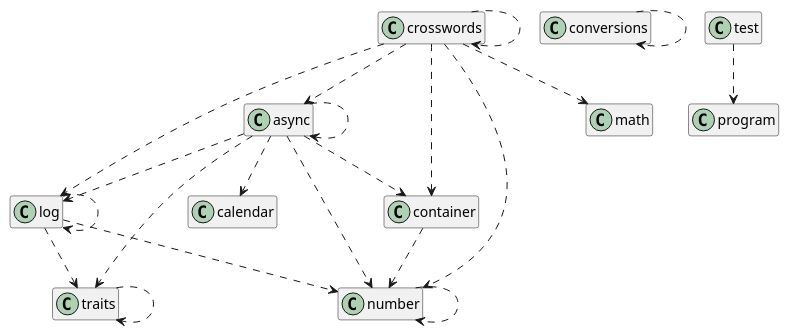
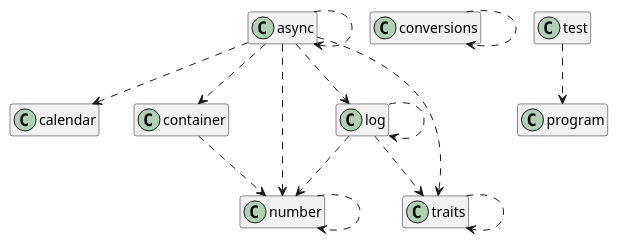
The diagram in doc/tenacitas.lib.plantuml (rodrigocanellas/tenacitas), drawn with PlantUML before and after one commit. The commit also changed 89 other files, not shown here.

```diff
--- a/doc/tenacitas.lib.plantuml
+++ b/doc/tenacitas.lib.plantuml
@@ -1,23 +1,17 @@
 @startuml
 hide empty members
 async ..> async
 async ..> calendar
 async ..> container
 async ..> log
 async ..> number
 async ..> traits
 container ..> number
 conversions ..> conversions
-crosswords ..> async
-crosswords ..> container
-crosswords ..> crosswords
-crosswords ..> log
-crosswords ..> math
-crosswords ..> number
 log ..> log
 log ..> number
 log ..> traits
 number ..> number
 test ..> program
 traits ..> traits
 @enduml
```
